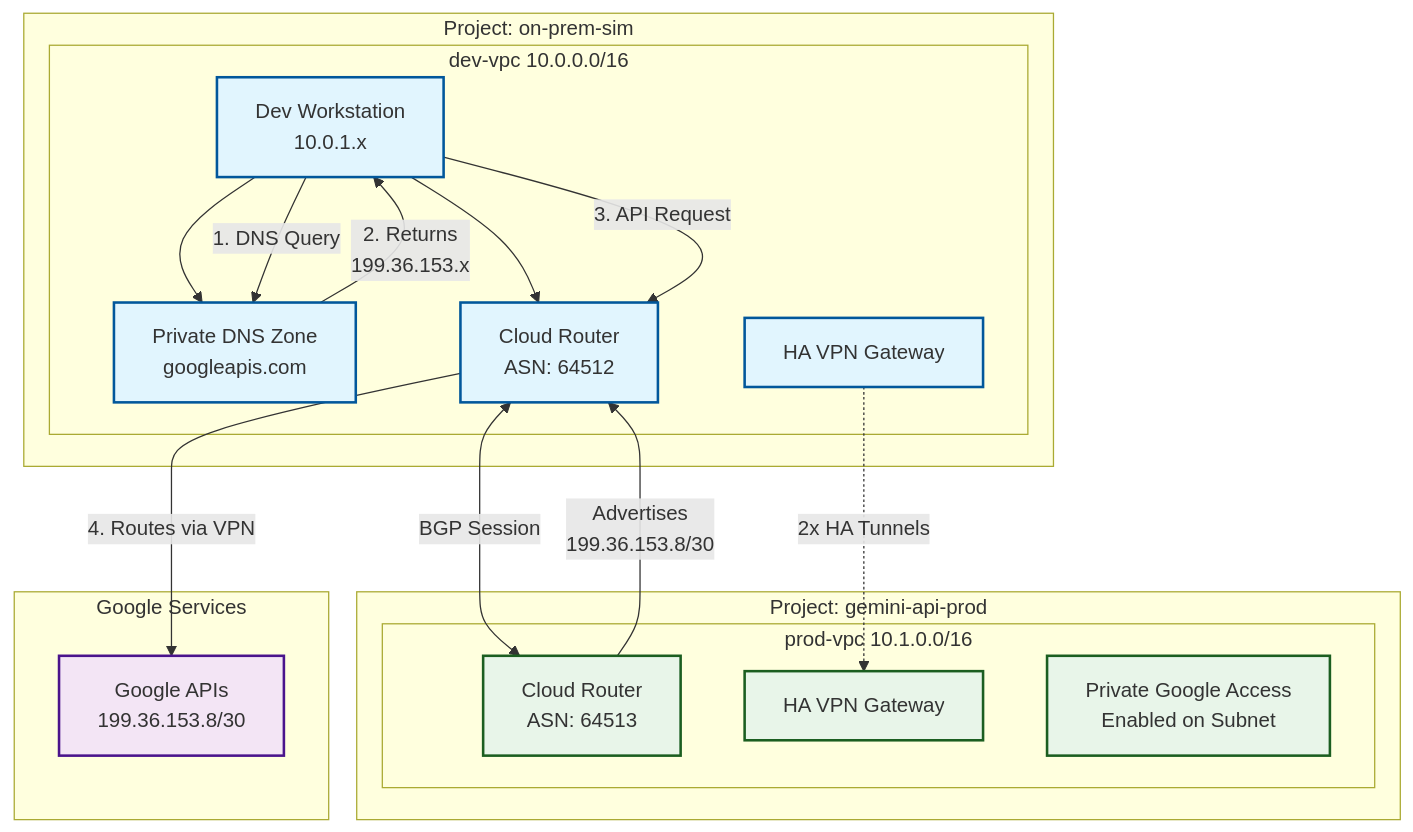
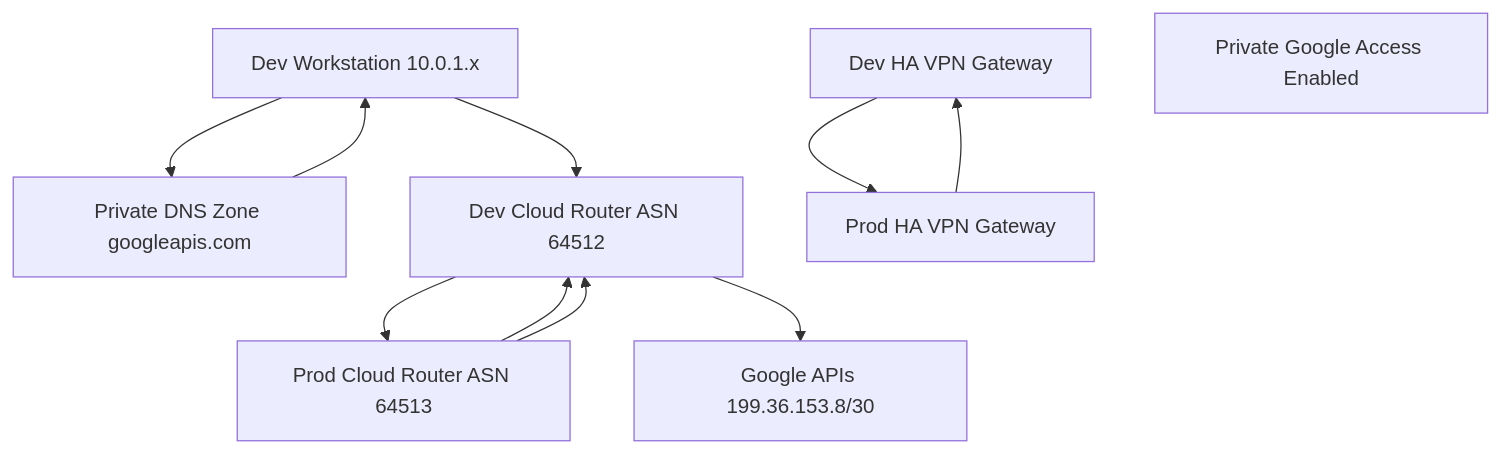
One commit to rom2019/gcp-hybrid-network-simulation changed the diagram in README.md. Above: the diagram before and after it, drawn with Mermaid.

````diff
--- a/README.md
+++ b/README.md
@@ -19,42 +19,26 @@
 ```mermaid
-graph TB
-    subgraph "Project: on-prem-sim"
-        subgraph "dev-vpc 10.0.0.0/16"
-            VM[Dev Workstation<br/>10.0.1.x]
-            DNS[Private DNS Zone<br/>googleapis.com]
-            CR1[Cloud Router<br/>ASN: 64512]
-            VPN1[HA VPN Gateway]
-        end
-        VM --> DNS
-        VM --> CR1
-    end
+graph TD
+    VM[Dev Workstation 10.0.1.x]
+    DNS[Private DNS Zone googleapis.com]
+    CR1[Dev Cloud Router ASN 64512]
+    VPN1[Dev HA VPN Gateway]
     
-    subgraph "Project: gemini-api-prod"
-        subgraph "prod-vpc 10.1.0.0/16"
-            CR2[Cloud Router<br/>ASN: 64513]
-            VPN2[HA VPN Gateway]
-            PGA[Private Google Access<br/>Enabled on Subnet]
-        end
-    end
+    CR2[Prod Cloud Router ASN 64513]
+    VPN2[Prod HA VPN Gateway]
+    PGA[Private Google Access Enabled]
     
-    subgraph "Google Services"
-        API[Google APIs<br/>199.36.153.8/30]
-    end
+    API[Google APIs 199.36.153.8/30]
     
-    VPN1 -.->|2x HA Tunnels| VPN2
-    CR1 <-->|BGP Session| CR2
-    CR2 -->|Advertises<br/>199.36.153.8/30| CR1
-    VM -->|1. DNS Query| DNS
-    DNS -->|2. Returns<br/>199.36.153.x| VM
-    VM -->|3. API Request| CR1
-    CR1 -->|4. Routes via VPN| API
+    VM --> DNS
+    VM --> CR1
+    DNS --> VM
     
-    style VM fill:#e1f5fe,stroke:#01579b,stroke-width:2px
-    style DNS fill:#e1f5fe,stroke:#01579b,stroke-width:2px
-    style CR1 fill:#e1f5fe,stroke:#01579b,stroke-width:2px
-    style VPN1 fill:#e1f5fe,stroke:#01579b,stroke-width:2px
-    style CR2 fill:#e8f5e9,stroke:#1b5e20,stroke-width:2px
-    style VPN2 fill:#e8f5e9,stroke:#1b5e20,stroke-width:2px
-    style PGA fill:#e8f5e9,stroke:#1b5e20,stroke-width:2px
-    style API fill:#f3e5f5,stroke:#4a148c,stroke-width:2px
+    VPN1 --> VPN2
+    VPN2 --> VPN1
+    
+    CR1 --> CR2
+    CR2 --> CR1
+    
+    CR2 --> CR1
+    CR1 --> API
 ```
````
